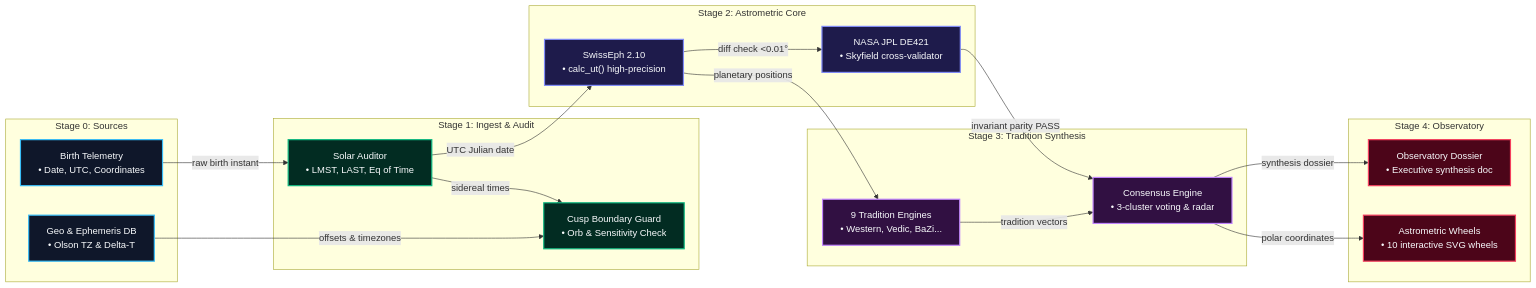
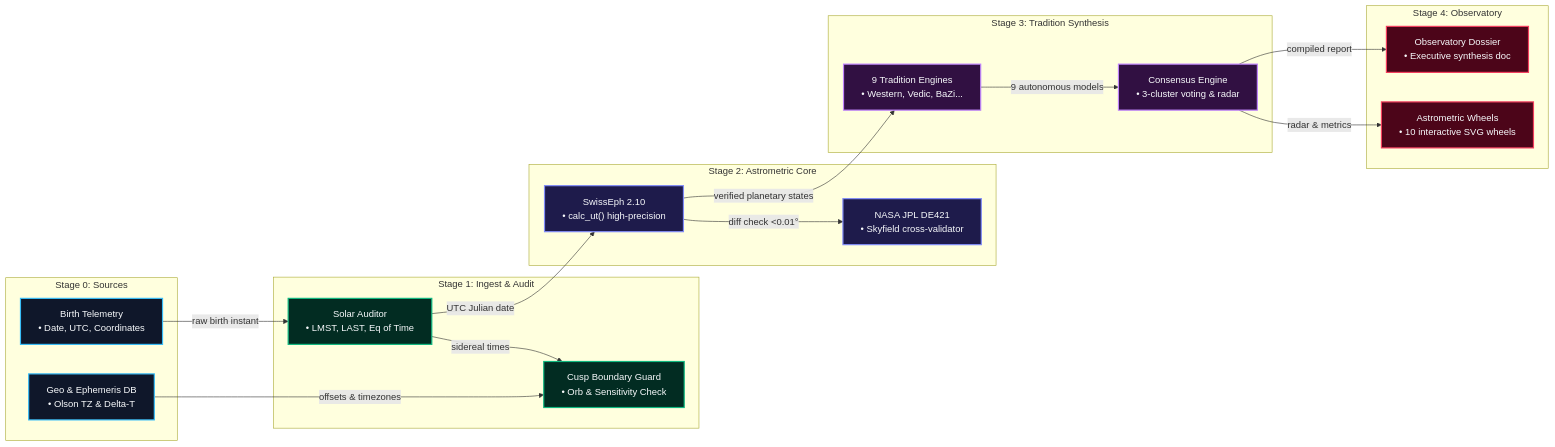
One commit to manvenpratap/Synodix changed the diagram in wiki/Data-Pipelines.md. Above: the diagram before and after it, drawn with Mermaid. The commit also changed other lines of this file and 4 other files, not shown here.

Commit message:
docs(wiki): remove legacy archify references and polish native Mermaid diagrams

````diff
--- a/wiki/Data-Pipelines.md
+++ b/wiki/Data-Pipelines.md
@@ -13,44 +9,43 @@
 ```mermaid
 flowchart LR
     classDef stage0 fill:#0f172a,stroke:#38bdf8,stroke-width:2px,color:#f8fafc;
     classDef stage1 fill:#022c22,stroke:#10b981,stroke-width:2px,color:#f8fafc;
     classDef stage2 fill:#1e1b4b,stroke:#818cf8,stroke-width:2px,color:#f8fafc;
     classDef stage3 fill:#311042,stroke:#c084fc,stroke-width:2px,color:#f8fafc;
     classDef stage4 fill:#4c0519,stroke:#f43f5e,stroke-width:2px,color:#f8fafc;
 
     subgraph Stage_0 ["Stage 0: Sources"]
         Input["Birth Telemetry\n• Date, UTC, Coordinates"]:::stage0
         GeoDB["Geo & Ephemeris DB\n• Olson TZ & Delta-T"]:::stage0
     end
 
     subgraph Stage_1 ["Stage 1: Ingest & Audit"]
         SolarNorm["Solar Auditor\n• LMST, LAST, Eq of Time"]:::stage1
         CuspGuard["Cusp Boundary Guard\n• Orb & Sensitivity Check"]:::stage1
     end
 
     subgraph Stage_2 ["Stage 2: Astrometric Core"]
         SwissEph["SwissEph 2.10\n• calc_ut() high-precision"]:::stage2
         Skyfield["NASA JPL DE421\n• Skyfield cross-validator"]:::stage2
     end
 
     subgraph Stage_3 ["Stage 3: Tradition Synthesis"]
         Traditions["9 Tradition Engines\n• Western, Vedic, BaZi..."]:::stage3
         Consensus["Consensus Engine\n• 3-cluster voting & radar"]:::stage3
     end
 
     subgraph Stage_4 ["Stage 4: Observatory"]
         Dossier["Observatory Dossier\n• Executive synthesis doc"]:::stage4
         Wheels["Astrometric Wheels\n• 10 interactive SVG wheels"]:::stage4
     end
 
     Input -->|raw birth instant| SolarNorm
     GeoDB -->|offsets & timezones| CuspGuard
     SolarNorm -->|sidereal times| CuspGuard
     SolarNorm -->|UTC Julian date| SwissEph
     SwissEph -->|diff check <0.01°| Skyfield
-    SwissEph -->|planetary positions| Traditions
-    Traditions -->|tradition vectors| Consensus
-    Skyfield -->|invariant parity PASS| Consensus
-    Consensus -->|synthesis dossier| Dossier
-    Consensus -->|polar coordinates| Wheels
+    SwissEph -->|verified planetary states| Traditions
+    Traditions -->|9 autonomous models| Consensus
+    Consensus -->|radar & metrics| Wheels
+    Consensus -->|compiled report| Dossier
 ```
````
